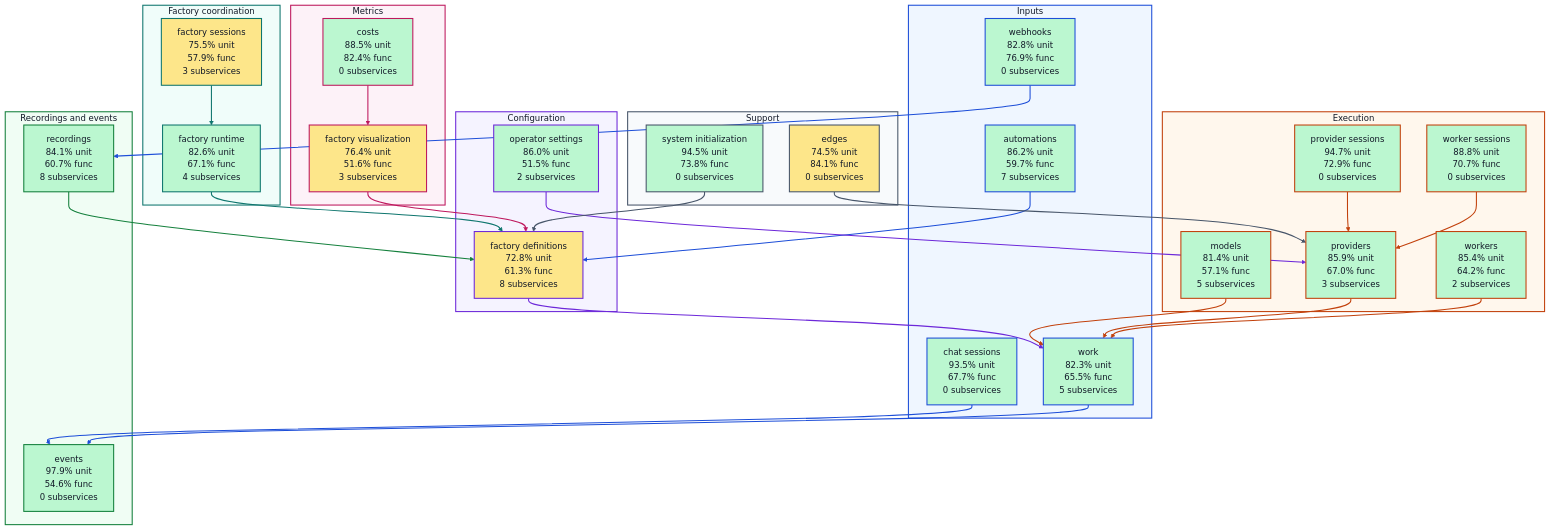
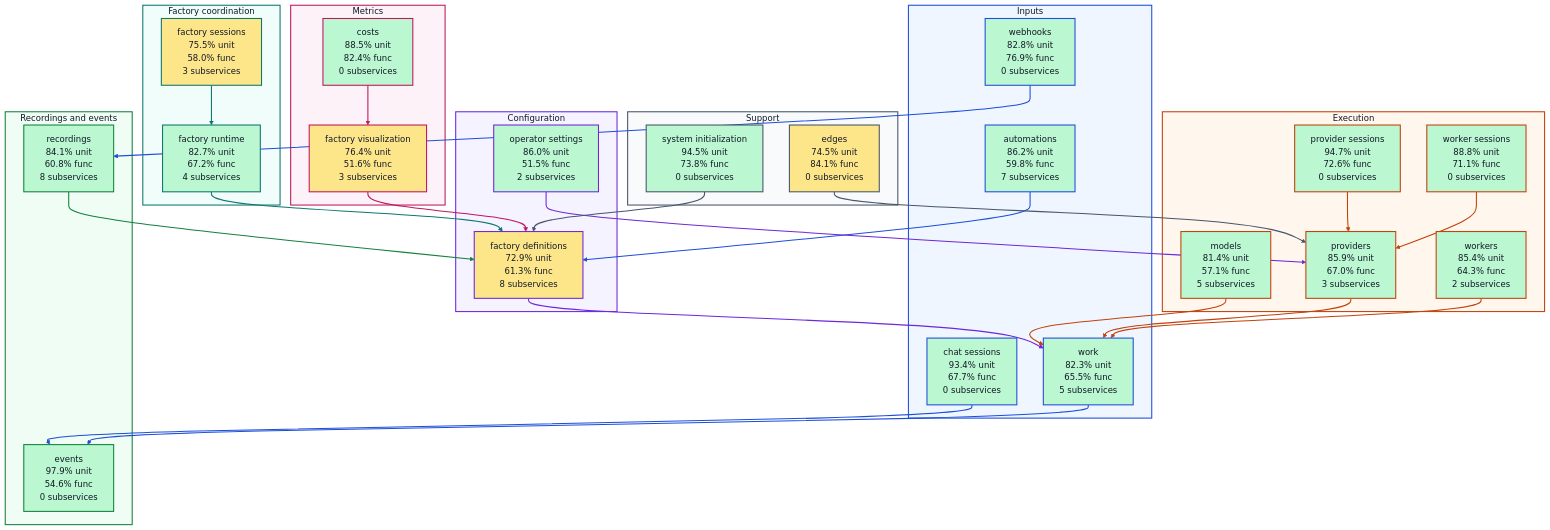
The diagram in docs/architecture/visualizations/high-level-test-coverage.md (portpowered/you-agent-factory), drawn with Mermaid before and after one commit. The commit also changed other lines of this file and 20 other files, not shown here.

Commit message:
docs: refresh backend architecture visualizations

````diff
--- a/docs/architecture/visualizations/high-level-test-coverage.md
+++ b/docs/architecture/visualizations/high-level-test-coverage.md
@@ -11,29 +11,29 @@
 ```mermaid
 flowchart TB
   subgraph input["Inputs"]
-    s_services_automations["automations<br/>86.2% unit<br/>59.7% func<br/>7 subservices"]
-    s_services_chat_sessions["chat sessions<br/>93.5% unit<br/>67.7% func<br/>0 subservices"]
+    s_services_automations["automations<br/>86.2% unit<br/>59.8% func<br/>7 subservices"]
+    s_services_chat_sessions["chat sessions<br/>93.4% unit<br/>67.7% func<br/>0 subservices"]
     s_services_webhooks["webhooks<br/>82.8% unit<br/>76.9% func<br/>0 subservices"]
     s_services_work["work<br/>82.3% unit<br/>65.5% func<br/>5 subservices"]
   end
   subgraph configuration["Configuration"]
-    s_services_factory_definitions["factory definitions<br/>72.8% unit<br/>61.3% func<br/>8 subservices"]
+    s_services_factory_definitions["factory definitions<br/>72.9% unit<br/>61.3% func<br/>8 subservices"]
     s_services_operator_settings["operator settings<br/>86.0% unit<br/>51.5% func<br/>2 subservices"]
   end
   subgraph coordination["Factory coordination"]
-    s_services_factory_runtime["factory runtime<br/>82.6% unit<br/>67.1% func<br/>4 subservices"]
-    s_services_factory_sessions["factory sessions<br/>75.5% unit<br/>57.9% func<br/>3 subservices"]
+    s_services_factory_runtime["factory runtime<br/>82.7% unit<br/>67.2% func<br/>4 subservices"]
+    s_services_factory_sessions["factory sessions<br/>75.5% unit<br/>58.0% func<br/>3 subservices"]
   end
   subgraph execution["Execution"]
     s_services_models["models<br/>81.4% unit<br/>57.1% func<br/>5 subservices"]
-    s_services_provider_sessions["provider sessions<br/>94.7% unit<br/>72.9% func<br/>0 subservices"]
+    s_services_provider_sessions["provider sessions<br/>94.7% unit<br/>72.6% func<br/>0 subservices"]
     s_services_providers["providers<br/>85.9% unit<br/>67.0% func<br/>3 subservices"]
-    s_services_worker_sessions["worker sessions<br/>88.8% unit<br/>70.7% func<br/>0 subservices"]
-    s_services_workers["workers<br/>85.4% unit<br/>64.2% func<br/>2 subservices"]
+    s_services_worker_sessions["worker sessions<br/>88.8% unit<br/>71.1% func<br/>0 subservices"]
+    s_services_workers["workers<br/>85.4% unit<br/>64.3% func<br/>2 subservices"]
   end
   subgraph recordings["Recordings and events"]
     s_services_events["events<br/>97.9% unit<br/>54.6% func<br/>0 subservices"]
-    s_services_recordings["recordings<br/>84.1% unit<br/>60.7% func<br/>8 subservices"]
+    s_services_recordings["recordings<br/>84.1% unit<br/>60.8% func<br/>8 subservices"]
   end
   subgraph metrics["Metrics"]
     s_services_costs["costs<br/>88.5% unit<br/>82.4% func<br/>0 subservices"]
````
